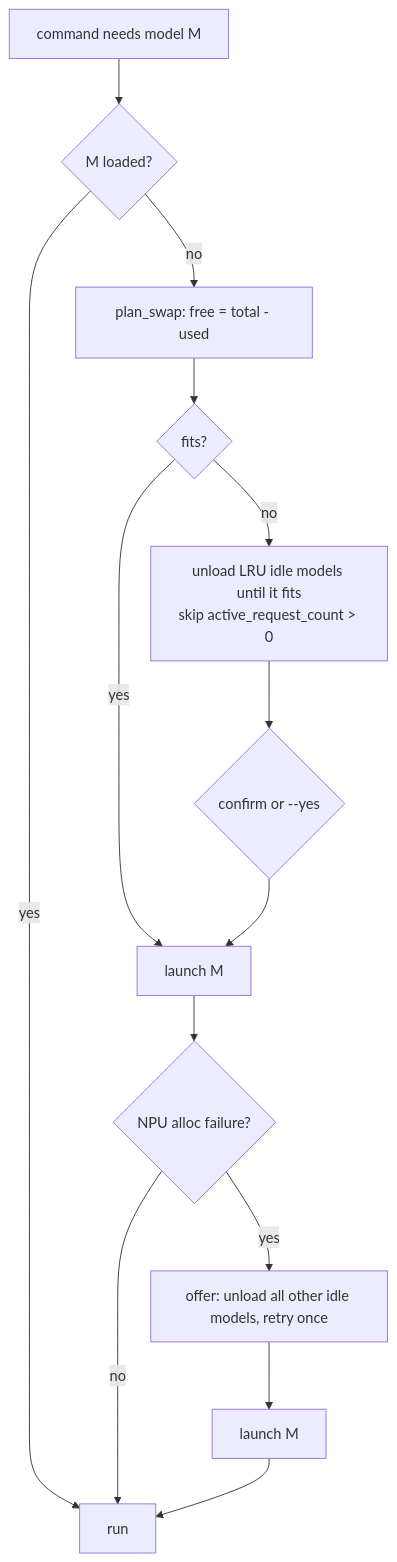
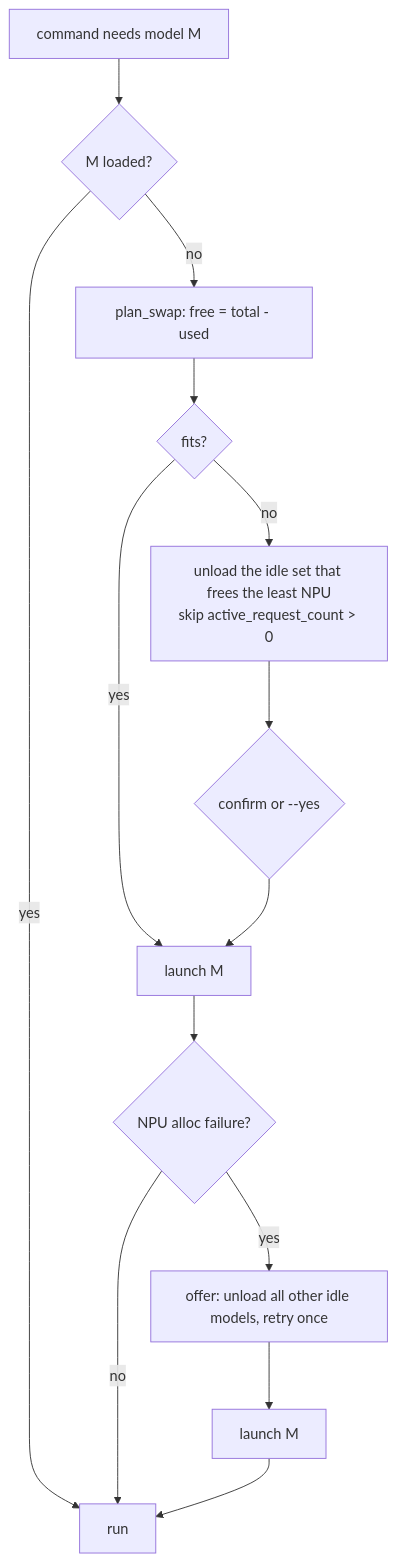
One commit to epatel/tiiny-cli changed the diagram in cards/npu-swapping.md. Above: the diagram before and after it, drawn with Mermaid. The commit also changed other lines of this file and 6 other files, not shown here.

First line of the commit message:
Swap out the cheapest idle models; time out stalled loads

````diff
--- a/cards/npu-swapping.md
+++ b/cards/npu-swapping.md
@@ -14,15 +14,15 @@
 ```mermaid
 flowchart TD
   A[command needs model M] --> B{M loaded?}
   B -->|yes| Z[run]
   B -->|no| C[plan_swap: free = total - used]
   C --> D{fits?}
   D -->|yes| L[launch M]
-  D -->|no| E[unload LRU idle models until it fits<br/>skip active_request_count > 0]
+  D -->|no| E[unload the idle set that frees the least NPU<br/>skip active_request_count > 0]
   E --> F{confirm or --yes}
   F --> L
   L --> G{NPU alloc failure?}
   G -->|no| Z
   G -->|yes| H[offer: unload all other idle models, retry once]
   H --> L2[launch M] --> Z
 ```
````
